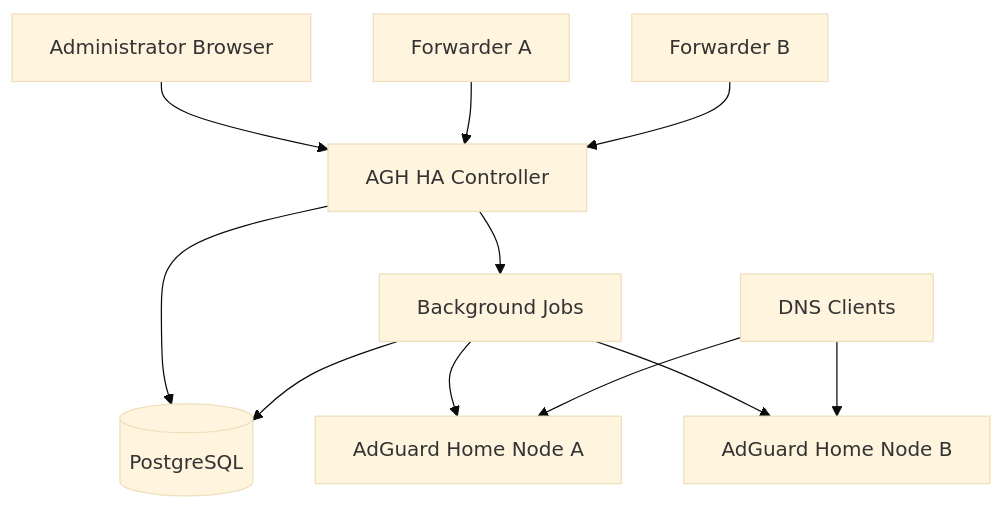
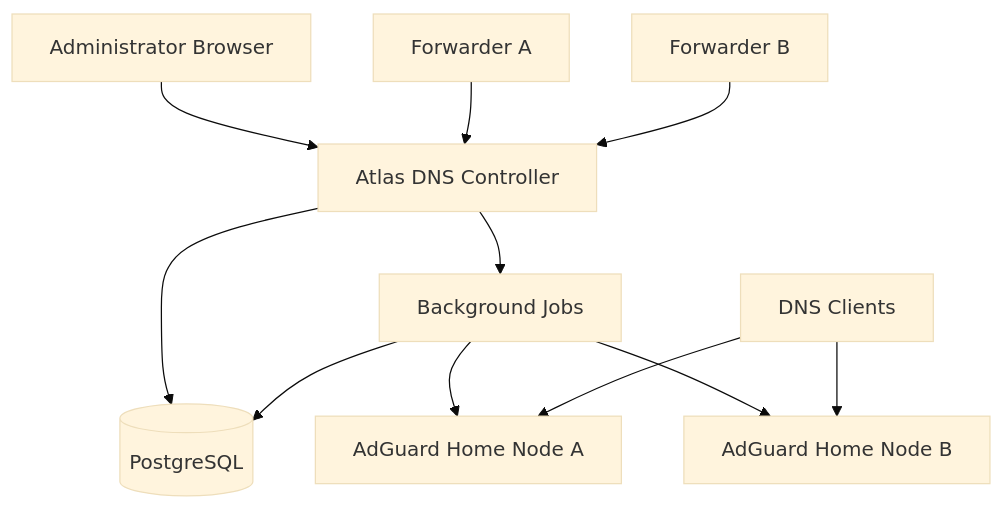
One commit to benchristian88/agh-ha-controller changed the diagram in docs/diagrams/system-overview.md. Above: the diagram before and after it, drawn with Mermaid (base theme). The commit also changed 201 other files, not shown here.

````diff
--- a/docs/diagrams/system-overview.md
+++ b/docs/diagrams/system-overview.md
@@ -3,23 +3,23 @@
 ```mermaid
 flowchart TB
     Browser[Administrator Browser]
-    Controller[AGH HA Controller]
+    Controller[Atlas DNS Controller]
     Worker[Background Jobs]
     Postgres[(PostgreSQL)]
     NodeA[AdGuard Home Node A]
     NodeB[AdGuard Home Node B]
     ForwarderA[Forwarder A]
     ForwarderB[Forwarder B]
     Clients[DNS Clients]
 
     Browser --> Controller
     Controller --> Postgres
     Controller --> Worker
     Worker --> Postgres
     Worker --> NodeA
     Worker --> NodeB
     ForwarderA --> Controller
     ForwarderB --> Controller
     Clients --> NodeA
     Clients --> NodeB
 ```
````
